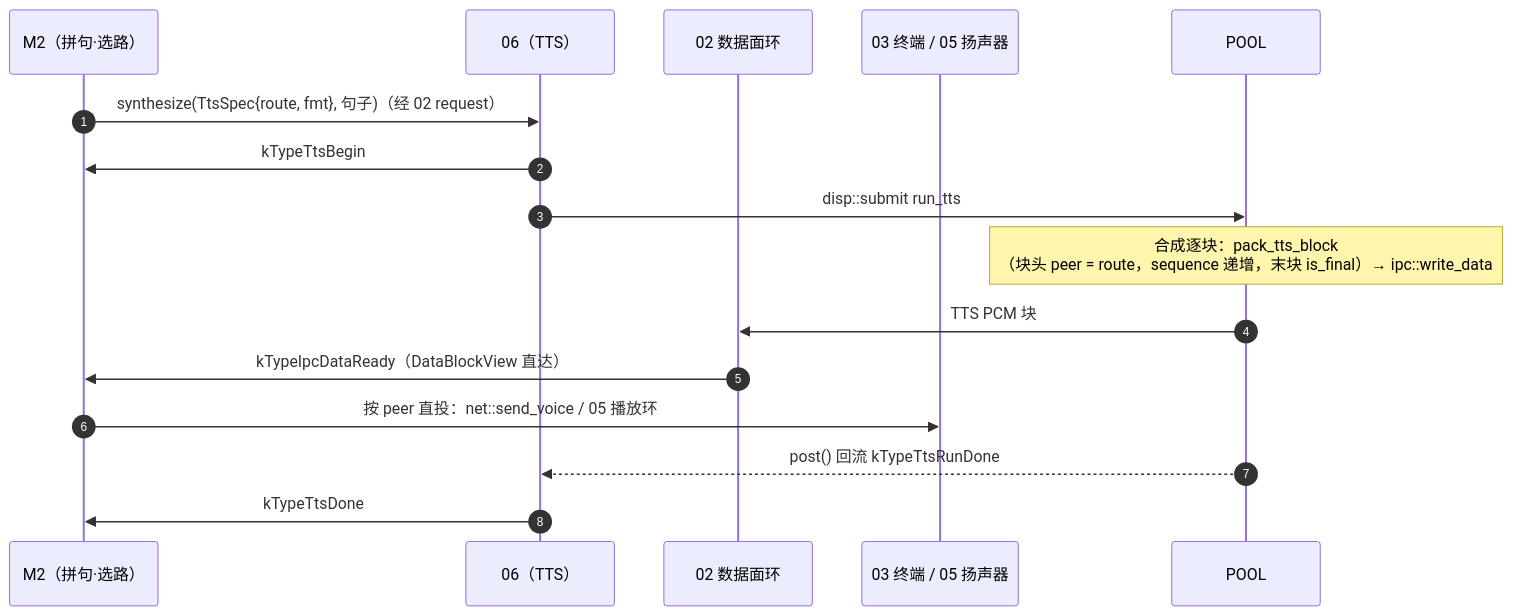
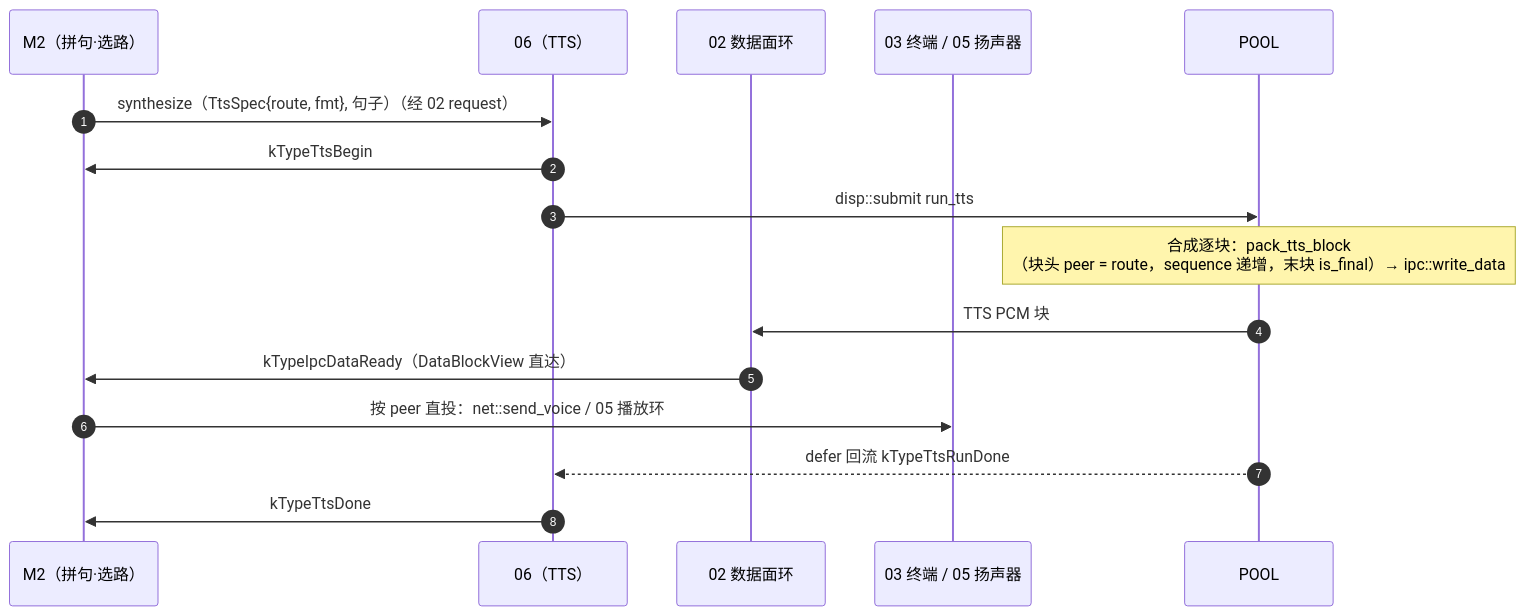
One commit to hihfe/smartdoll changed the third of 3 diagrams in doc/modules/06-ai.md. Above: the diagram before and after it, drawn with Mermaid. The commit also changed other lines of this file and 7 other files, not shown here.

````diff
--- a/doc/modules/06-ai.md
+++ b/doc/modules/06-ai.md
@@ -325,18 +325,18 @@
 ```mermaid
 sequenceDiagram
     autonumber
     participant M2 as M2（拼句·选路）
     participant AI as 06（TTS）
     participant R as 02 数据面环
     participant OUT as 03 终端 / 05 扬声器
 
-    M2->>AI: synthesize(TtsSpec{route, fmt}, 句子)（经 02 request）
+    M2->>AI: synthesize（TtsSpec{route, fmt}, 句子）（经 02 request）
     AI->>M2: kTypeTtsBegin
     AI->>POOL: disp::submit run_tts
     Note over POOL: 合成逐块：pack_tts_block<br/>（块头 peer = route，sequence 递增，末块 is_final）→ ipc::write_data
     POOL->>R: TTS PCM 块
     R->>M2: kTypeIpcDataReady（DataBlockView 直达）
     M2->>OUT: 按 peer 直投：net::send_voice / 05 播放环
-    POOL-->>AI: post() 回流 kTypeTtsRunDone
+    POOL-->>AI: defer 回流 kTypeTtsRunDone
     AI->>M2: kTypeTtsDone
 ```
````
